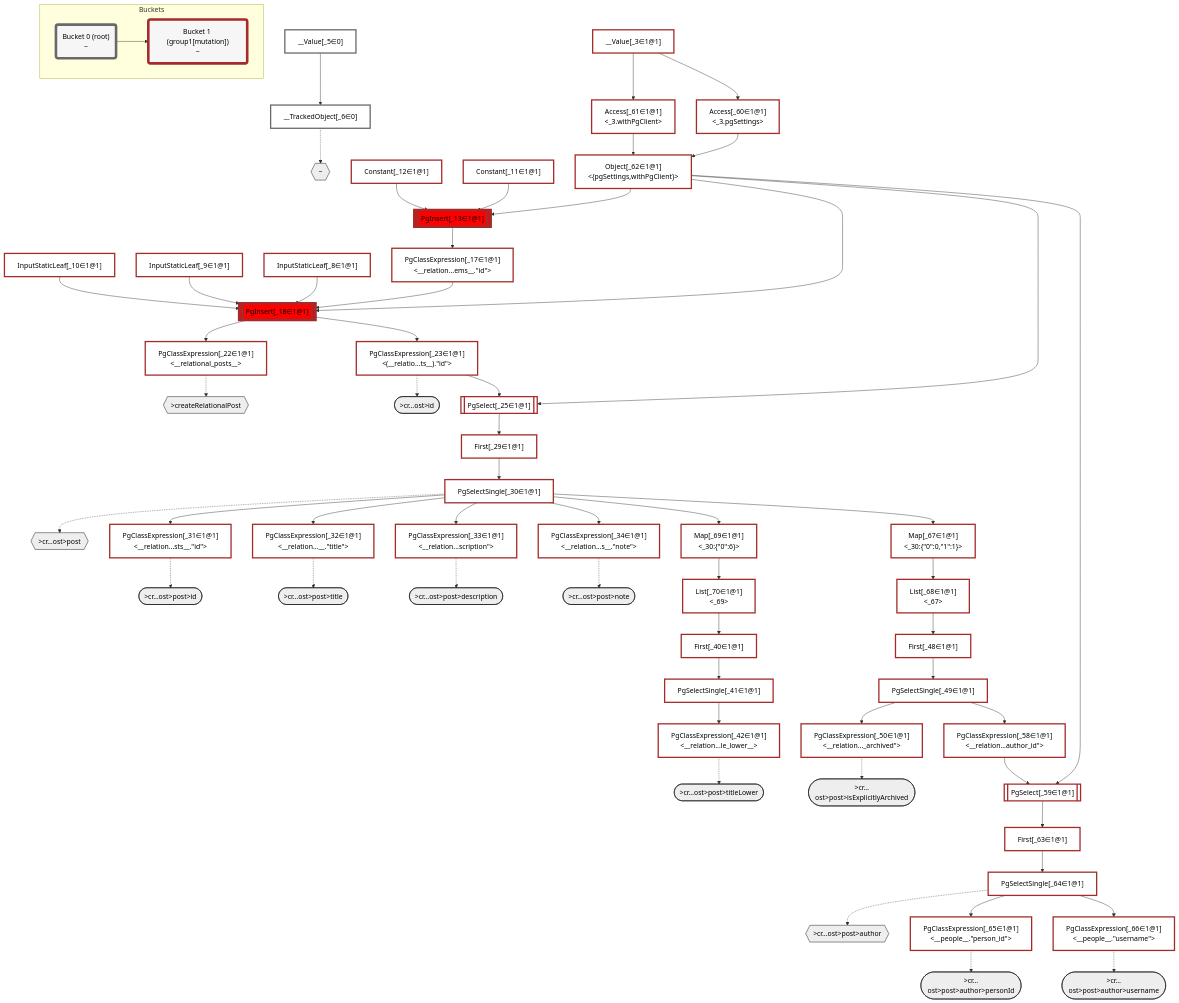
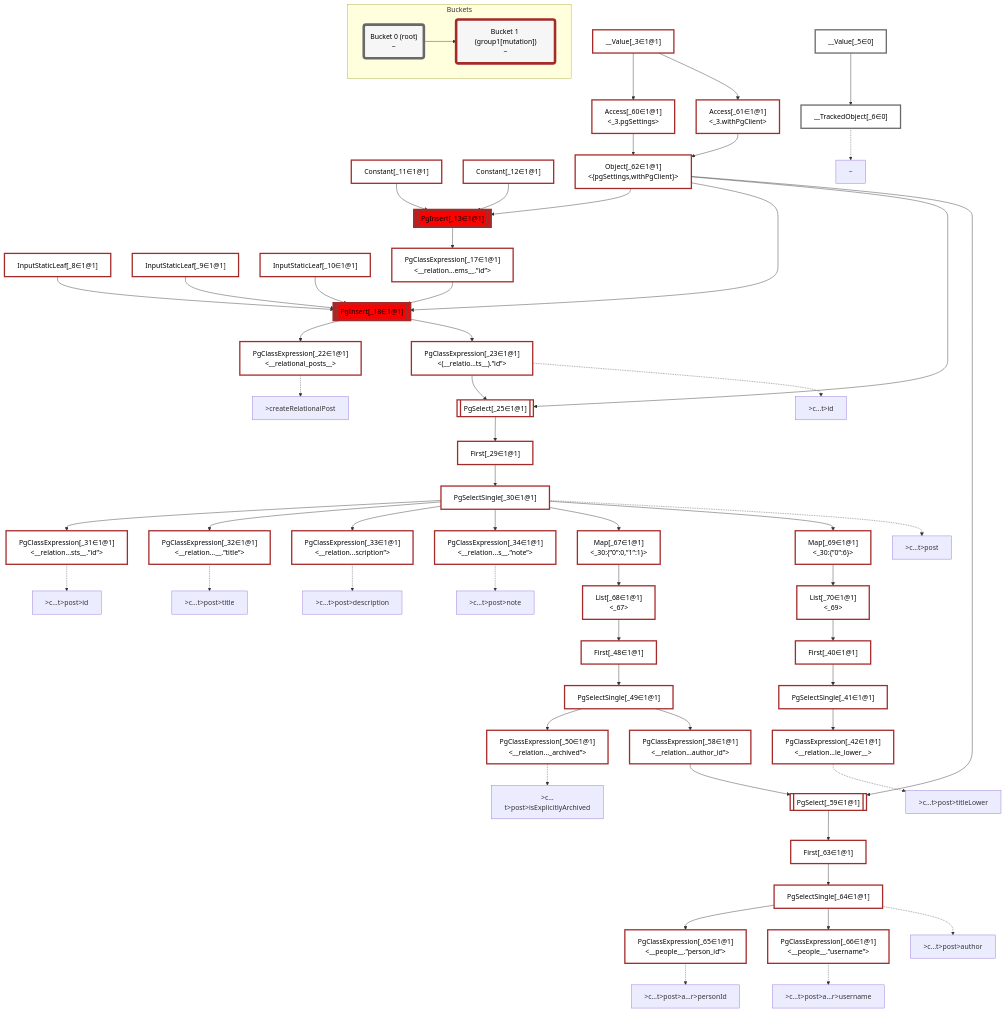
One commit to graphile/crystal changed the diagram in packages/dataplan-pg/__tests__/mutations/basics/create-relational-post.deopt.mermaid.md. Above: the diagram before and after it, drawn with Mermaid. The commit also changed 195 other files, not shown here.

```diff
--- a/packages/dataplan-pg/__tests__/mutations/basics/create-relational-post.deopt.mermaid.md
+++ b/packages/dataplan-pg/__tests__/mutations/basics/create-relational-post.deopt.mermaid.md
@@ -6,33 +6,6 @@
     classDef sideeffectplan fill:#f00,stroke-width:6px,color:#000
     classDef bucket fill:#f6f6f6,color:#000,stroke-width:6px
 
-    %% subgraph fields
-    P1{{"~"}}:::path
-    P2{{">createRelationalPost"}}:::path
-    P3([">cr…ost>id"]):::path
-    %% P2 -.-> P3
-    P4{{">cr…ost>post"}}:::path
-    P5([">cr…ost>post>id"]):::path
-    %% P4 -.-> P5
-    P6([">cr…ost>post>title"]):::path
-    %% P4 -.-> P6
-    P7([">cr…ost>post>description"]):::path
-    %% P4 -.-> P7
-    P8([">cr…ost>post>note"]):::path
-    %% P4 -.-> P8
-    P9([">cr…ost>post>titleLower"]):::path
-    %% P4 -.-> P9
-    P10([">cr…ost>post>isExplicitlyArchived"]):::path
-    %% P4 -.-> P10
-    P11{{">cr…ost>post>author"}}:::path
-    P12([">cr…ost>post>author>personId"]):::path
-    %% P11 -.-> P12
-    P13([">cr…ost>post>author>username"]):::path
-    %% P11 -.-> P13
-    %% P4 -.-> P11
-    %% P2 -.-> P4
-    %% P1 -.-> P2
-    %% end
 
     %% define plans
     __Value_3["__Value[_3∈1@1]<br /><context>"]:::plan
@@ -44,35 +17,35 @@
     Constant_11["Constant[_11∈1@1]"]:::plan
     Constant_12["Constant[_12∈1@1]"]:::plan
     PgInsert_13[["PgInsert[_13∈1@1]"]]:::sideeffectplan
-    PgClassExpression_17["PgClassExpression[_17∈1@1]<br /><__relation...ems__.#quot;id#quot;>"]:::plan
+    PgClassExpression_17["PgClassExpression[_17∈1@1]<br /><__relation...ems__.”id”>"]:::plan
     PgInsert_18[["PgInsert[_18∈1@1]"]]:::sideeffectplan
     PgClassExpression_22["PgClassExpression[_22∈1@1]<br /><__relational_posts__>"]:::plan
-    PgClassExpression_23["PgClassExpression[_23∈1@1]<br /><(__relatio...ts__).#quot;id#quot;>"]:::plan
+    PgClassExpression_23["PgClassExpression[_23∈1@1]<br /><(__relatio...ts__).”id”>"]:::plan
     PgSelect_25[["PgSelect[_25∈1@1]<br /><relational_posts>"]]:::plan
     First_29["First[_29∈1@1]"]:::plan
     PgSelectSingle_30["PgSelectSingle[_30∈1@1]<br /><relational_posts>"]:::plan
-    PgClassExpression_31["PgClassExpression[_31∈1@1]<br /><__relation...sts__.#quot;id#quot;>"]:::plan
-    PgClassExpression_32["PgClassExpression[_32∈1@1]<br /><__relation...__.#quot;title#quot;>"]:::plan
-    PgClassExpression_33["PgClassExpression[_33∈1@1]<br /><__relation...scription#quot;>"]:::plan
-    PgClassExpression_34["PgClassExpression[_34∈1@1]<br /><__relation...s__.#quot;note#quot;>"]:::plan
+    PgClassExpression_31["PgClassExpression[_31∈1@1]<br /><__relation...sts__.”id”>"]:::plan
+    PgClassExpression_32["PgClassExpression[_32∈1@1]<br /><__relation...__.”title”>"]:::plan
+    PgClassExpression_33["PgClassExpression[_33∈1@1]<br /><__relation...scription”>"]:::plan
+    PgClassExpression_34["PgClassExpression[_34∈1@1]<br /><__relation...s__.”note”>"]:::plan
     First_40["First[_40∈1@1]"]:::plan
     PgSelectSingle_41["PgSelectSingle[_41∈1@1]<br /><text>"]:::plan
     PgClassExpression_42["PgClassExpression[_42∈1@1]<br /><__relation...le_lower__>"]:::plan
     First_48["First[_48∈1@1]"]:::plan
     PgSelectSingle_49["PgSelectSingle[_49∈1@1]<br /><relational_items>"]:::plan
-    PgClassExpression_50["PgClassExpression[_50∈1@1]<br /><__relation..._archived#quot;>"]:::plan
-    PgClassExpression_58["PgClassExpression[_58∈1@1]<br /><__relation...author_id#quot;>"]:::plan
+    PgClassExpression_50["PgClassExpression[_50∈1@1]<br /><__relation..._archived”>"]:::plan
+    PgClassExpression_58["PgClassExpression[_58∈1@1]<br /><__relation...author_id”>"]:::plan
     PgSelect_59[["PgSelect[_59∈1@1]<br /><people>"]]:::plan
     Access_60["Access[_60∈1@1]<br /><_3.pgSettings>"]:::plan
     Access_61["Access[_61∈1@1]<br /><_3.withPgClient>"]:::plan
     Object_62["Object[_62∈1@1]<br /><{pgSettings,withPgClient}>"]:::plan
     First_63["First[_63∈1@1]"]:::plan
     PgSelectSingle_64["PgSelectSingle[_64∈1@1]<br /><people>"]:::plan
-    PgClassExpression_65["PgClassExpression[_65∈1@1]<br /><__people__.#quot;person_id#quot;>"]:::plan
-    PgClassExpression_66["PgClassExpression[_66∈1@1]<br /><__people__.#quot;username#quot;>"]:::plan
-    Map_67["Map[_67∈1@1]<br /><_30:{#quot;0#quot;:0,#quot;1#quot;:1}>"]:::plan
+    PgClassExpression_65["PgClassExpression[_65∈1@1]<br /><__people__.”person_id”>"]:::plan
+    PgClassExpression_66["PgClassExpression[_66∈1@1]<br /><__people__.”username”>"]:::plan
+    Map_67["Map[_67∈1@1]<br /><_30:{”0”:0,”1”:1}>"]:::plan
     List_68["List[_68∈1@1]<br /><_67>"]:::plan
-    Map_69["Map[_69∈1@1]<br /><_30:{#quot;0#quot;:6}>"]:::plan
+    Map_69["Map[_69∈1@1]<br /><_30:{”0”:6}>"]:::plan
     List_70["List[_70∈1@1]<br /><_69>"]:::plan
 
     %% plan dependencies
@@ -119,18 +92,31 @@
     Map_69 --> List_70
 
     %% plan-to-path relationships
+    P1["~"]
     __TrackedObject_6 -.-> P1
+    P2[">createRelationalPost"]
     PgClassExpression_22 -.-> P2
+    P3[">c…t>id"]
     PgClassExpression_23 -.-> P3
+    P4[">c…t>post"]
     PgSelectSingle_30 -.-> P4
+    P5[">c…t>post>id"]
     PgClassExpression_31 -.-> P5
+    P6[">c…t>post>title"]
     PgClassExpression_32 -.-> P6
+    P7[">c…t>post>description"]
     PgClassExpression_33 -.-> P7
+    P8[">c…t>post>note"]
     PgClassExpression_34 -.-> P8
+    P9[">c…t>post>titleLower"]
     PgClassExpression_42 -.-> P9
+    P10[">c…t>post>isExplicitlyArchived"]
     PgClassExpression_50 -.-> P10
+    P11[">c…t>post>author"]
     PgSelectSingle_64 -.-> P11
+    P12[">c…t>post>a…r>personId"]
     PgClassExpression_65 -.-> P12
+    P13[">c…t>post>a…r>username"]
     PgClassExpression_66 -.-> P13
 
     %% allocate buckets
```
